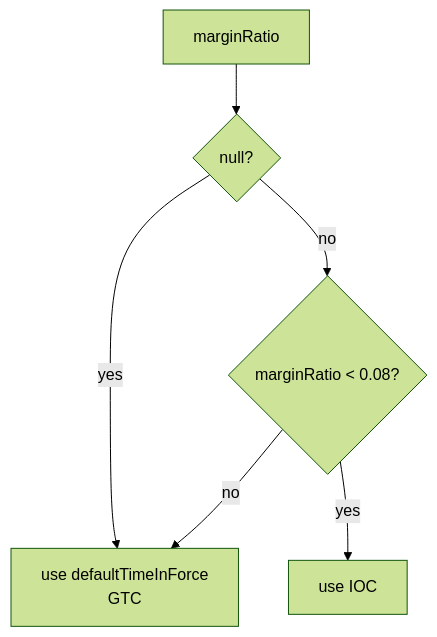
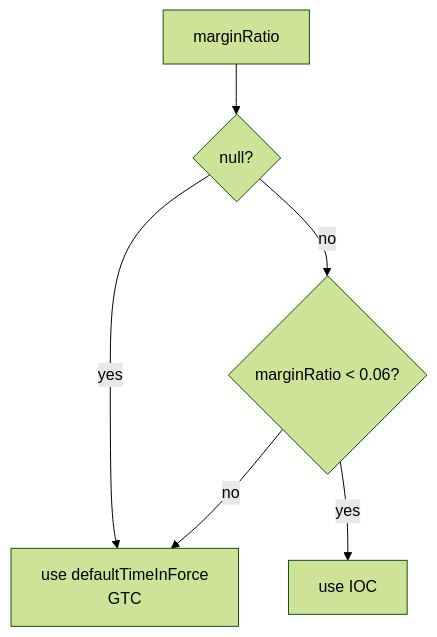
The fifth of 7 diagrams in docs/storategy/README.md (posaune0423/simple-mm-bot), drawn with Mermaid (forest theme) before and after one commit. The commit also changed other lines of this file and 46 other files, not shown here.

````diff
--- a/docs/storategy/README.md
+++ b/docs/storategy/README.md
@@ -215,8 +216,8 @@
 ```mermaid
 flowchart TD
   MR["marginRatio"] --> Has{"null?"}
   Has -->|yes| GTC["use defaultTimeInForce<br/>GTC"]
-  Has -->|no| Low{"marginRatio < 0.08?"}
+  Has -->|no| Low{"marginRatio < 0.06?"}
   Low -->|yes| IOC["use IOC"]
   Low -->|no| GTC
 ```
````
